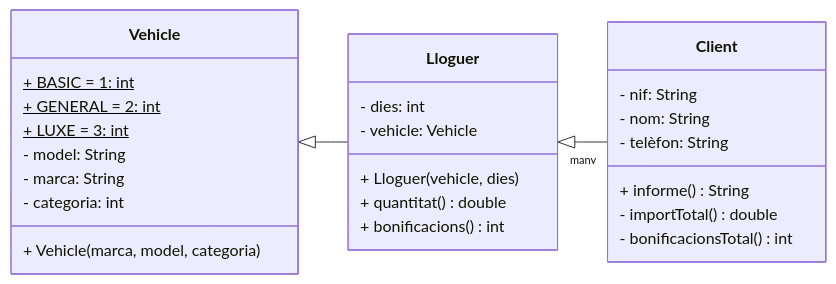
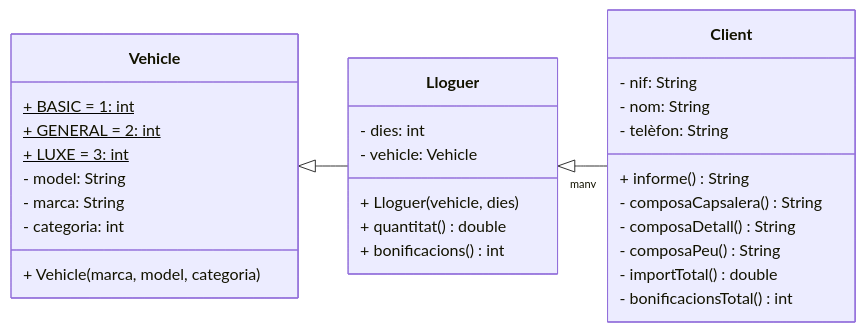
One commit to paupedros/introrpg changed the first of 2 diagrams in reuse/diagrams.md. Above: the diagram before and after it, drawn with Mermaid.

````diff
--- a/reuse/diagrams.md
+++ b/reuse/diagrams.md
@@ -1,35 +1,38 @@
 ```mermaid
 classDiagram
 direction RL
 class Vehicle{
     + BASIC = 1: int$
     + GENERAL = 2: int$
     + LUXE = 3: int$
 
     - model: String
     - marca: String
     - categoria: int
     + Vehicle(marca, model, categoria)
 }
 
 class Lloguer{
     - dies: int
     - vehicle: Vehicle
     + Lloguer(vehicle, dies)
     + quantitat() double
     + bonificacions() int
 }
 
 class Client{
     - nif: String
     - nom: String
     - telèfon: String
     + informe() String
+    - composaCapsalera() String
+    - composaDetall() String
+    - composaPeu() String
     - importTotal() double
     - bonificacionsTotal() int
 }
 
 Lloguer --|> Vehicle
 Client --|> "many" Lloguer
 
 ```
````
